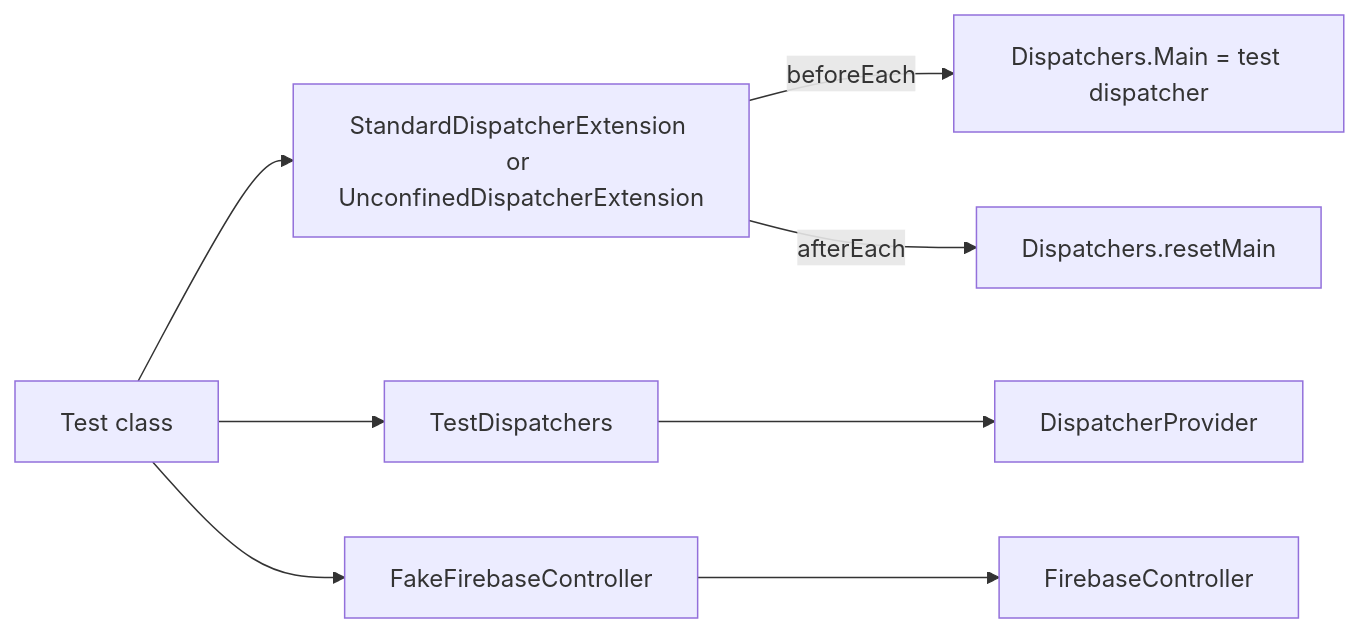
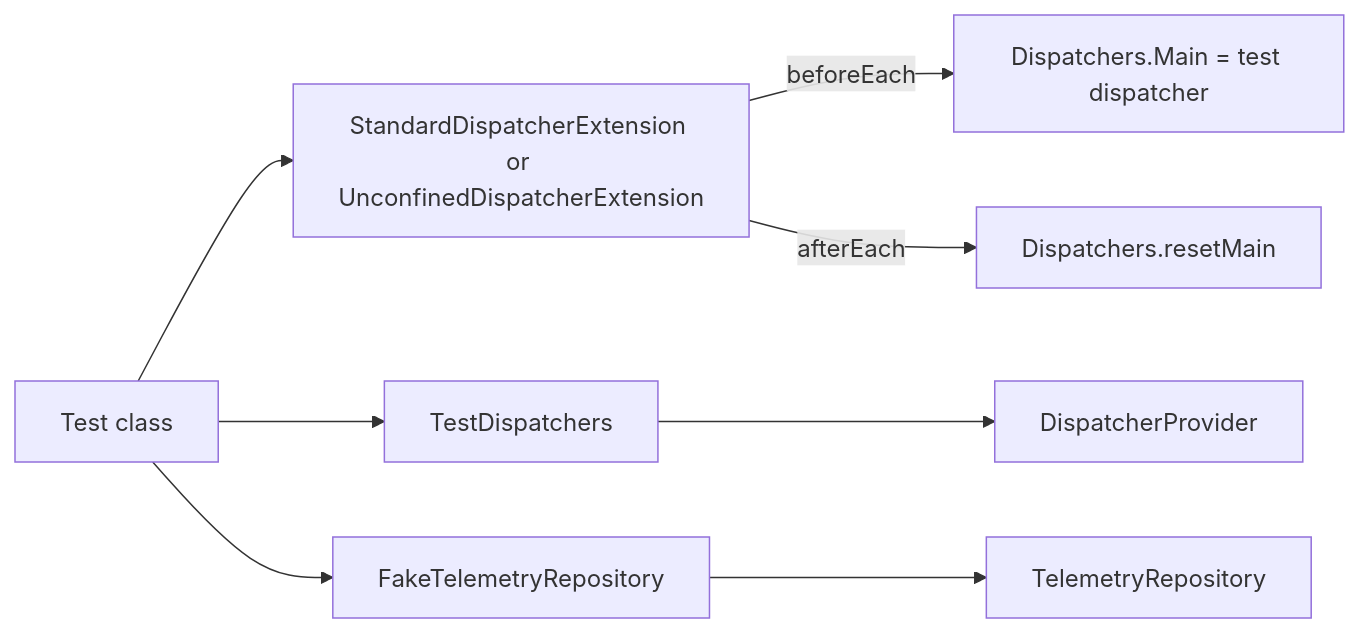
Before and after one commit to MihaiCristianCondrea/App-Toolkit-for-Android: the diagram in library/core/testing/README.md, drawn with Mermaid. The commit also changed other lines of this file and 216 other files, not shown here.

````diff
--- a/library/core/testing/README.md
+++ b/library/core/testing/README.md
@@ -33,10 +33,10 @@
 ```mermaid
 flowchart LR
     Test[Test class] --> Extension["StandardDispatcherExtension or UnconfinedDispatcherExtension"]
     Extension -->|beforeEach| Main["Dispatchers.Main = test dispatcher"]
     Test --> Dispatchers[TestDispatchers]
     Dispatchers --> Contract[DispatcherProvider]
-    Test --> Firebase[FakeFirebaseController]
-    Firebase --> FirebaseContract[FirebaseController]
+    Test --> Firebase[FakeTelemetryRepository]
+    Firebase --> FirebaseContract[TelemetryRepository]
     Extension -->|afterEach| Reset[Dispatchers.resetMain]
 ```
````
